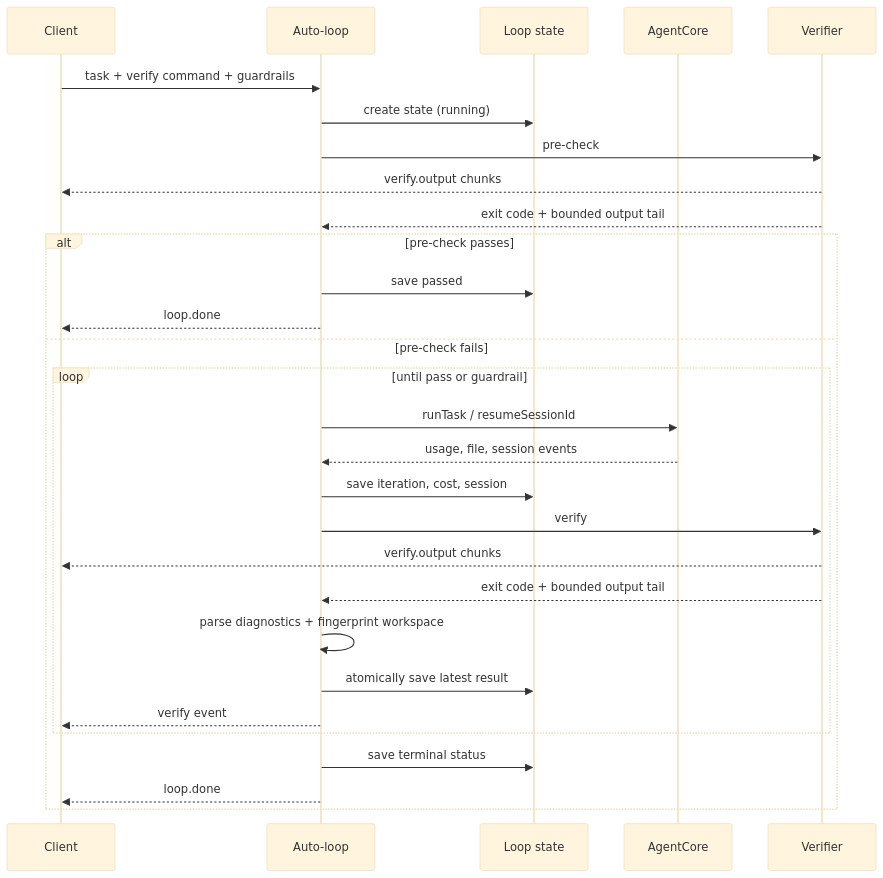
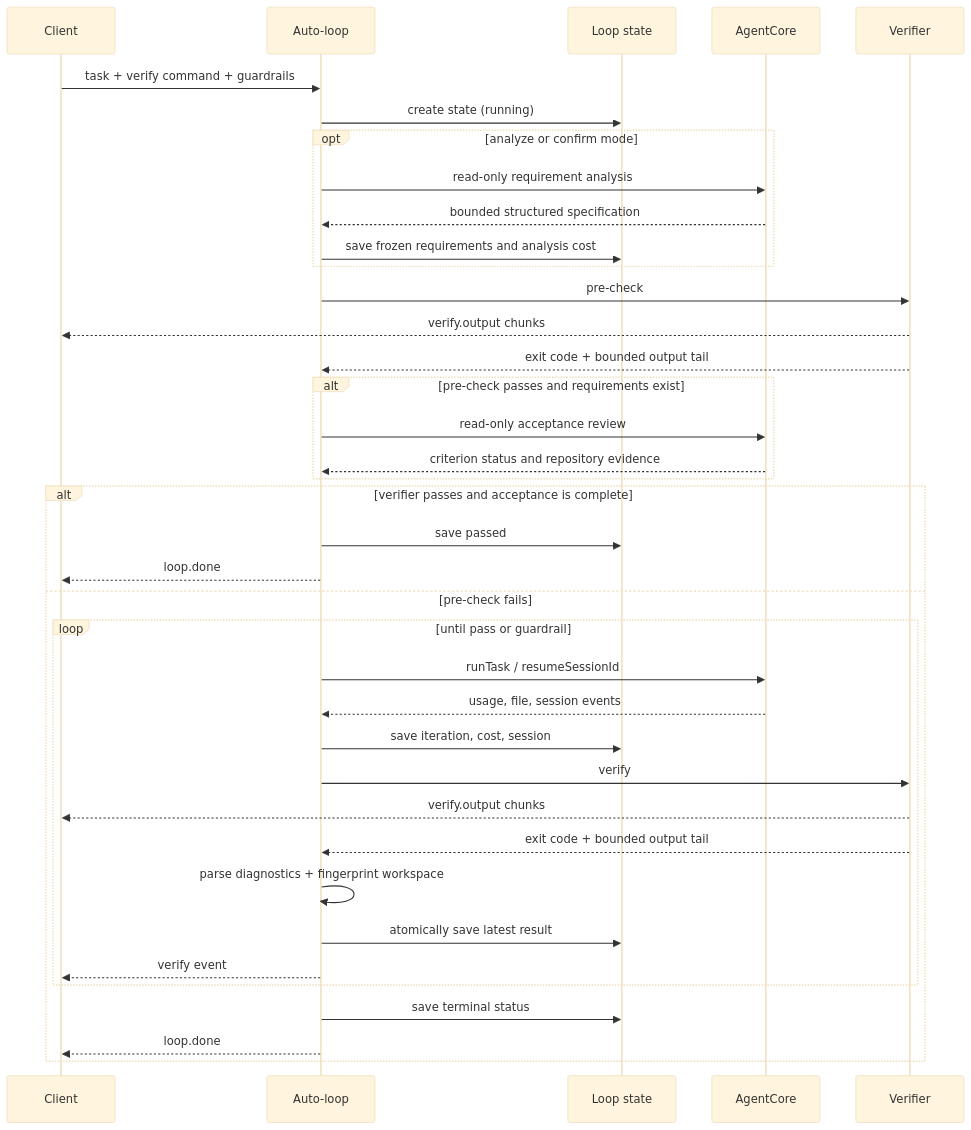
Before and after one commit to eilyeee/seekforge: the second of 3 diagrams in docs/loop-engineering.md, drawn with Mermaid (base theme). The commit also changed other lines of this file and 37 other files, not shown here.

````diff
--- a/docs/loop-engineering.md
+++ b/docs/loop-engineering.md
@@ -52,32 +54,41 @@
 ```mermaid
 sequenceDiagram
   participant C as Client
   participant L as Auto-loop
   participant S as Loop state
   participant A as AgentCore
   participant V as Verifier
 
   C->>L: task + verify command + guardrails
   L->>S: create state (running)
+  opt analyze or confirm mode
+    L->>A: read-only requirement analysis
+    A-->>L: bounded structured specification
+    L->>S: save frozen requirements and analysis cost
+  end
   L->>V: pre-check
   V-->>C: verify.output chunks
   V-->>L: exit code + bounded output tail
-  alt pre-check passes
+  alt pre-check passes and requirements exist
+    L->>A: read-only acceptance review
+    A-->>L: criterion status and repository evidence
+  end
+  alt verifier passes and acceptance is complete
     L->>S: save passed
     L-->>C: loop.done
   else pre-check fails
     loop until pass or guardrail
       L->>A: runTask / resumeSessionId
       A-->>L: usage, file, session events
       L->>S: save iteration, cost, session
       L->>V: verify
       V-->>C: verify.output chunks
       V-->>L: exit code + bounded output tail
       L->>L: parse diagnostics + fingerprint workspace
       L->>S: atomically save latest result
       L-->>C: verify event
     end
     L->>S: save terminal status
     L-->>C: loop.done
   end
 ```
````
